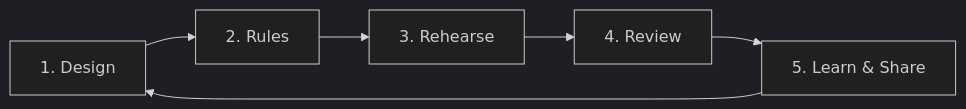
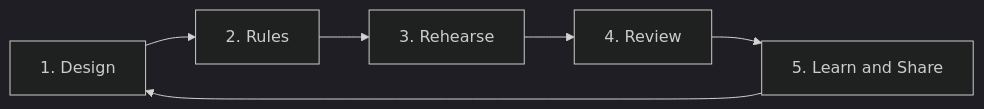
Before and after one commit to jaineesh-kumar/NASA_APP_Challenge: the first of 3 diagrams in README.md, drawn with Mermaid (dark theme). The commit also changed other lines of this file, not shown here.

Commit message:
docs: fix Mermaid diagram syntax in README - Jaineesh Kumar

````diff
--- a/README.md
+++ b/README.md
@@ -41,8 +41,8 @@
 ```mermaid
 graph LR
     A[1. Design] --> B[2. Rules]
     B --> C[3. Rehearse]
-    C --> D[4. Review]
-    D --> E[5. Learn & Share]
+    C --> D["4. Review"]
+    D --> E["5. Learn and Share"]
     E --> A
 ```
````
